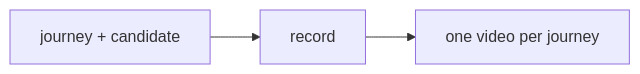
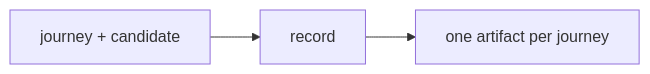
The diagram in plugins/aidd-qa/skills/02-demo/SKILL.md (ai-driven-dev/framework), drawn with Mermaid before and after one commit. The commit also changed other lines of this file and 6 other files, not shown here.

````diff
--- a/plugins/aidd-qa/skills/02-demo/SKILL.md
+++ b/plugins/aidd-qa/skills/02-demo/SKILL.md
@@ -9,4 +9,4 @@
 ```mermaid
 flowchart LR
-  journey["journey + candidate"] --> record["record"] --> videos["one video per journey"]
+  journey["journey + candidate"] --> record["record"] --> artifact["one artifact per journey"]
 ```
````
